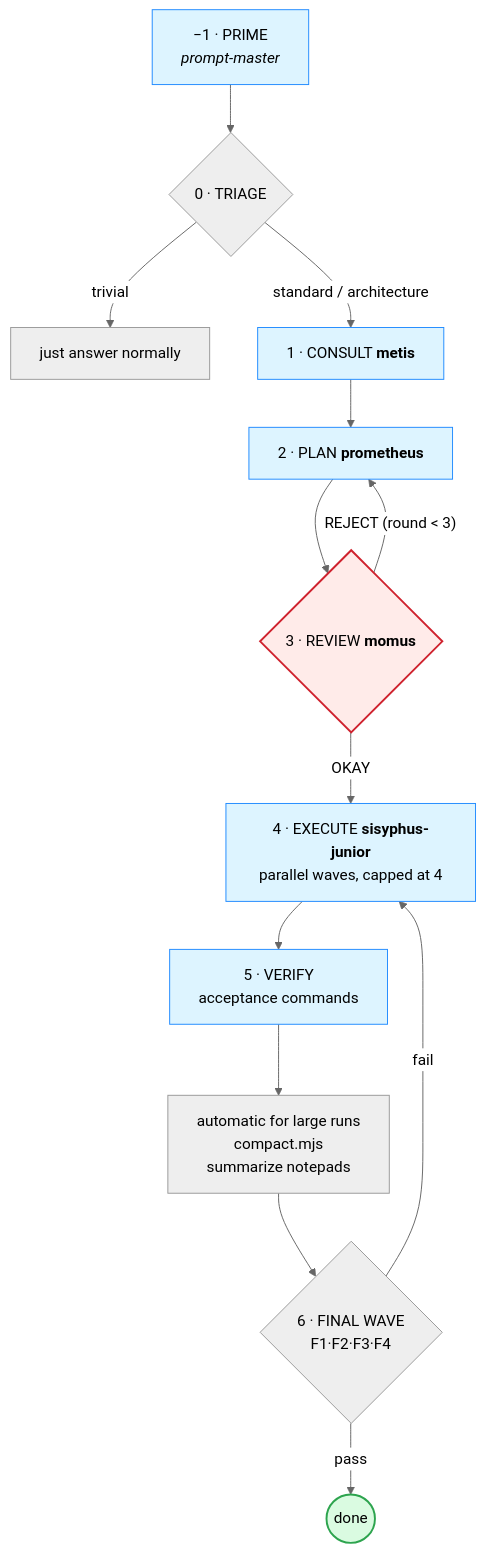
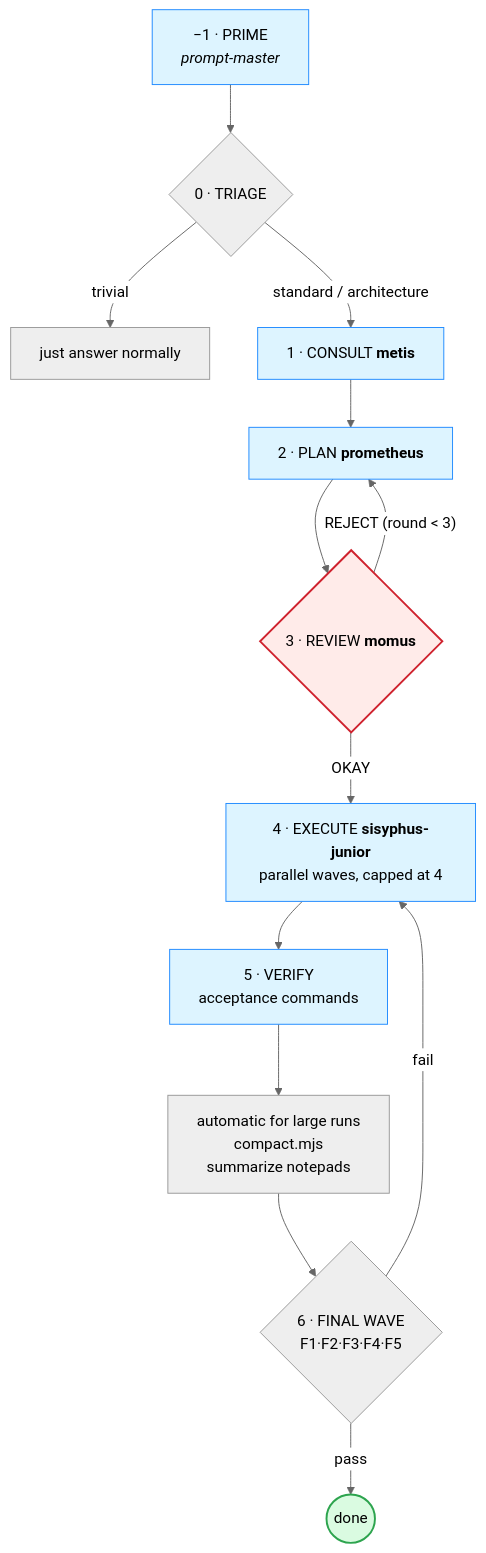
One commit to amartinawi/zodyssey changed the first of 3 diagrams in README.md. Above: the diagram before and after it, drawn with Mermaid (neutral theme). The commit also changed other lines of this file and 2 other files, not shown here.

Commit message:
docs(readme): final wave is F1-F5; delta table gains the v0.6.15 eval-lane and v0.6.16 project-isolation rows

````diff
--- a/README.md
+++ b/README.md
@@ -49,21 +49,21 @@
 ```mermaid
 flowchart TD
     P["−1 · PRIME<br/><i>prompt-master</i>"] --> T{"0 · TRIAGE"}
     T -- trivial --> SKIP["just answer normally"]
     T -- standard / architecture --> C["1 · CONSULT <b>metis</b>"]
     C --> PL["2 · PLAN <b>prometheus</b>"]
     PL --> R{"3 · REVIEW <b>momus</b>"}
     R -- "REJECT (round < 3)" --> PL
     R -- OKAY --> E["4 · EXECUTE <b>sisyphus-junior</b><br/>parallel waves, capped at 4"]
     E --> V["5 · VERIFY<br/>acceptance commands"]
     V --> CMP["automatic for large runs<br/>compact.mjs<br/>summarize notepads"]
-    CMP --> F{"6 · FINAL WAVE<br/>F1·F2·F3·F4"}
+    CMP --> F{"6 · FINAL WAVE<br/>F1·F2·F3·F4·F5"}
     F -- pass --> DONE(("done"))
     F -- fail --> E
     classDef gate fill:#ffebe9,stroke:#cf222e,stroke-width:2px;
     classDef good fill:#dafbe1,stroke:#2da44e,stroke-width:2px;
     classDef phase fill:#ddf4ff,stroke:#218bff;
     class R gate;
     class DONE good;
     class C,PL,E,V,P phase;
 ```
````
